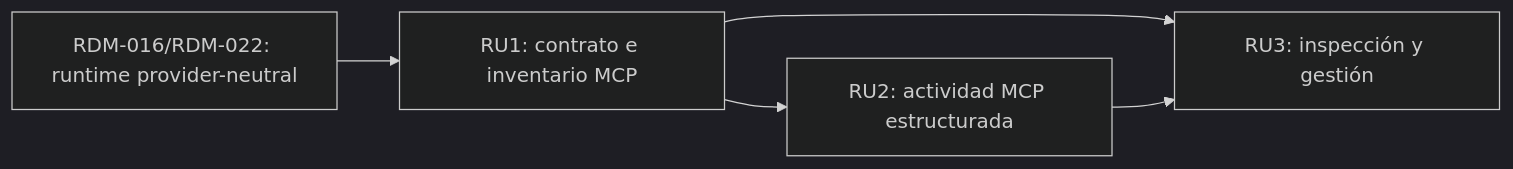
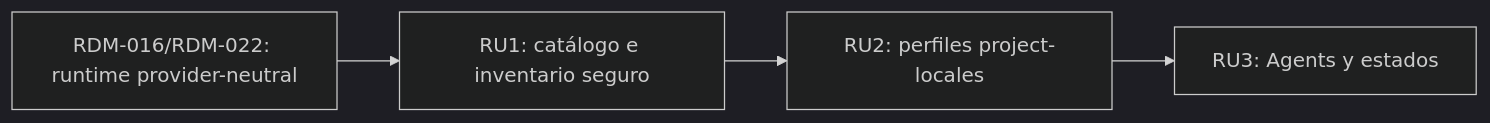
The diagram in docs/roadmaps/2026-07-21-010-provider-neutral-mcp-layer-roadmap.md (ElZaWarudo/tinto), drawn with Mermaid (dark theme) before and after one commit. The commit also changed other lines of this file and 23 other files, not shown here.

````diff
--- a/docs/roadmaps/2026-07-21-010-provider-neutral-mcp-layer-roadmap.md
+++ b/docs/roadmaps/2026-07-21-010-provider-neutral-mcp-layer-roadmap.md
@@ -67,7 +103,6 @@
 ```mermaid
 flowchart LR
-  BASE["RDM-016/RDM-022: runtime provider-neutral"] --> CONTRACT["RU1: contrato e inventario MCP"]
-  CONTRACT --> ACTIVITY["RU2: actividad MCP estructurada"]
-  CONTRACT --> UI["RU3: inspección y gestión"]
-  ACTIVITY --> UI
+  BASE["RDM-016/RDM-022: runtime provider-neutral"] --> CONTRACT["RU1: catálogo e inventario seguro"]
+  CONTRACT --> PROFILE["RU2: perfiles project-locales"]
+  PROFILE --> UI["RU3: Agents y estados"]
 ```
````
